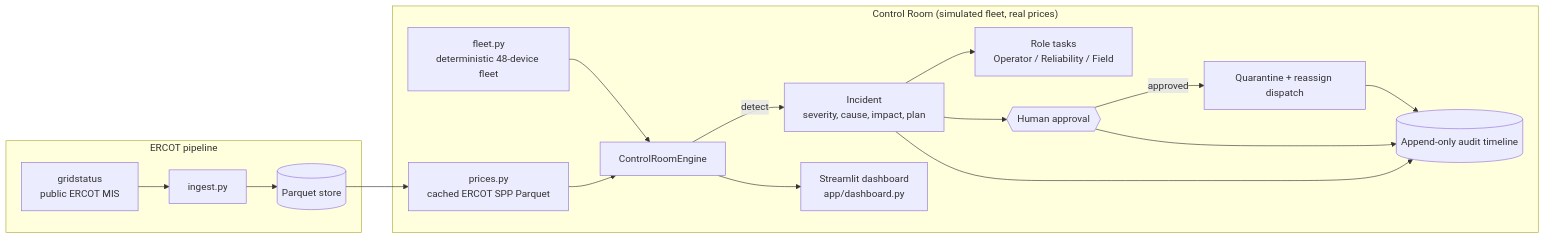
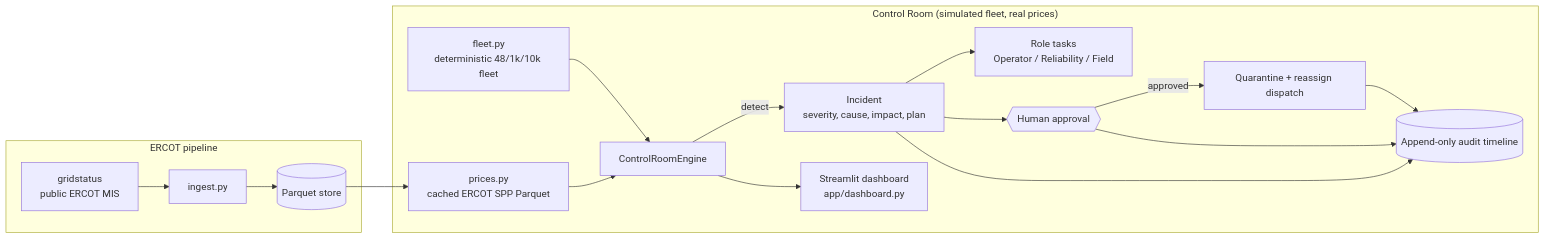
The diagram in README.md (Regantih/gridsignal), drawn with Mermaid before and after one commit. The commit also changed other lines of this file and 13 other files, not shown here.

First line of the commit message:
Add price scenarios, fleet-scale toggle, and a 10k-device benchmark

````diff
--- a/README.md
+++ b/README.md
@@ -81,19 +93,19 @@
 ```mermaid
 flowchart LR
     subgraph CR["Control Room (simulated fleet, real prices)"]
-        F[fleet.py<br/>deterministic 48-device fleet] --> E[ControlRoomEngine]
+        F[fleet.py<br/>deterministic 48/1k/10k fleet] --> E[ControlRoomEngine]
         PR[prices.py<br/>cached ERCOT SPP Parquet] --> E
         E -->|detect| I[Incident<br/>severity, cause, impact, plan]
         I --> T[Role tasks<br/>Operator / Reliability / Field]
         I --> H{{Human approval}}
         H -->|approved| R[Quarantine + reassign dispatch]
         R --> A[(Append-only audit timeline)]
         H --> A
         I --> A
         E --> D[Streamlit dashboard<br/>app/dashboard.py]
     end
     subgraph GP["ERCOT pipeline"]
         G[gridstatus<br/>public ERCOT MIS] --> P[ingest.py] --> Q[(Parquet store)]
         Q --> PR
     end
 ```
````
